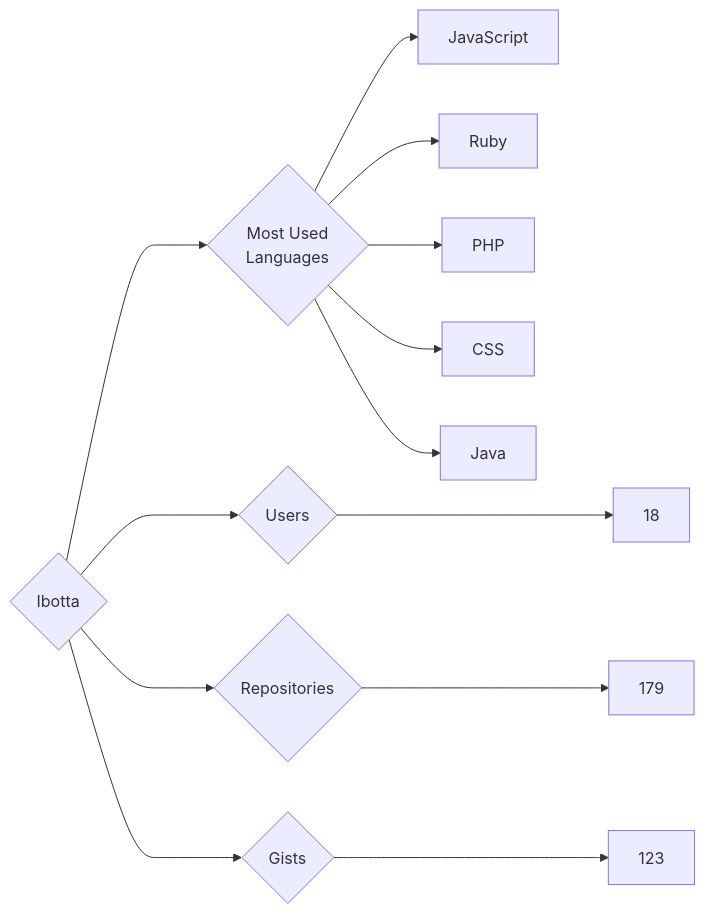
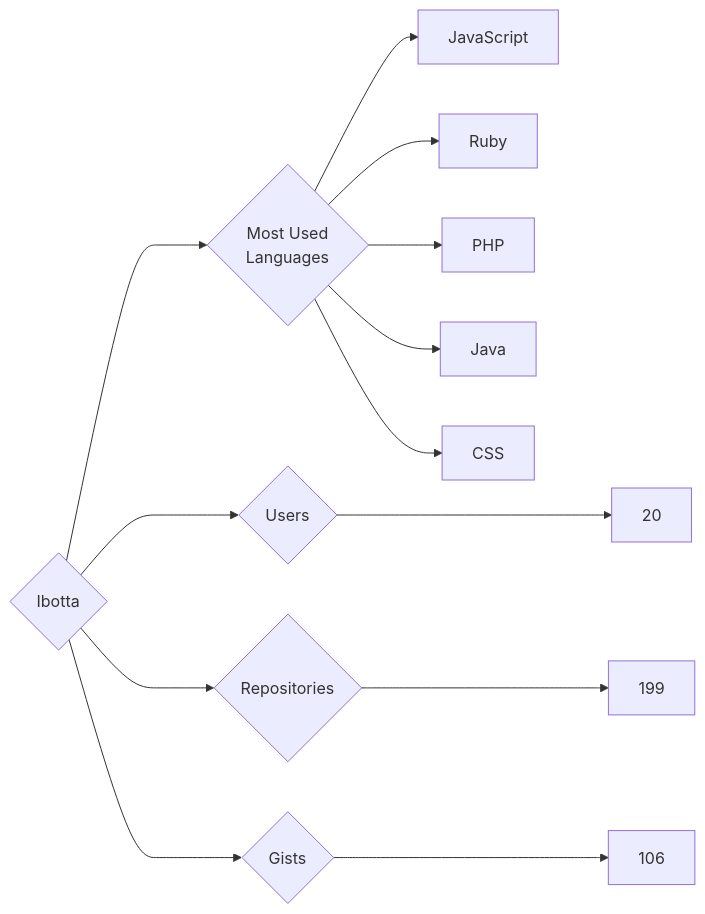
One commit to trickest/insiders changed the diagram in targets/Ibotta/README.md. Above: the diagram before and after it, drawn with Mermaid. The commit also changed 657 other files, not shown here.

````diff
--- a/targets/Ibotta/README.md
+++ b/targets/Ibotta/README.md
@@ -3,13 +3,13 @@
 ```mermaid
 graph LR
 COMPANY_NAME{Ibotta}
-COMPANY_NAME ---> U{Users} ---> UN[18]
-COMPANY_NAME ---> R{Repositories} ---> RN[179]
-COMPANY_NAME ---> G{Gists} ---> GN[123]
+COMPANY_NAME ---> U{Users} ---> UN[20]
+COMPANY_NAME ---> R{Repositories} ---> RN[199]
+COMPANY_NAME ---> G{Gists} ---> GN[106]
 COMPANY_NAME ---> ML{Most Used<br>Languages}
 ML --> JavaScript[JavaScript]
 ML --> Ruby[Ruby]
 ML --> PHP[PHP]
+ML --> Java[Java]
 ML --> CSS[CSS]
-ML --> Java[Java]
 ```
````
